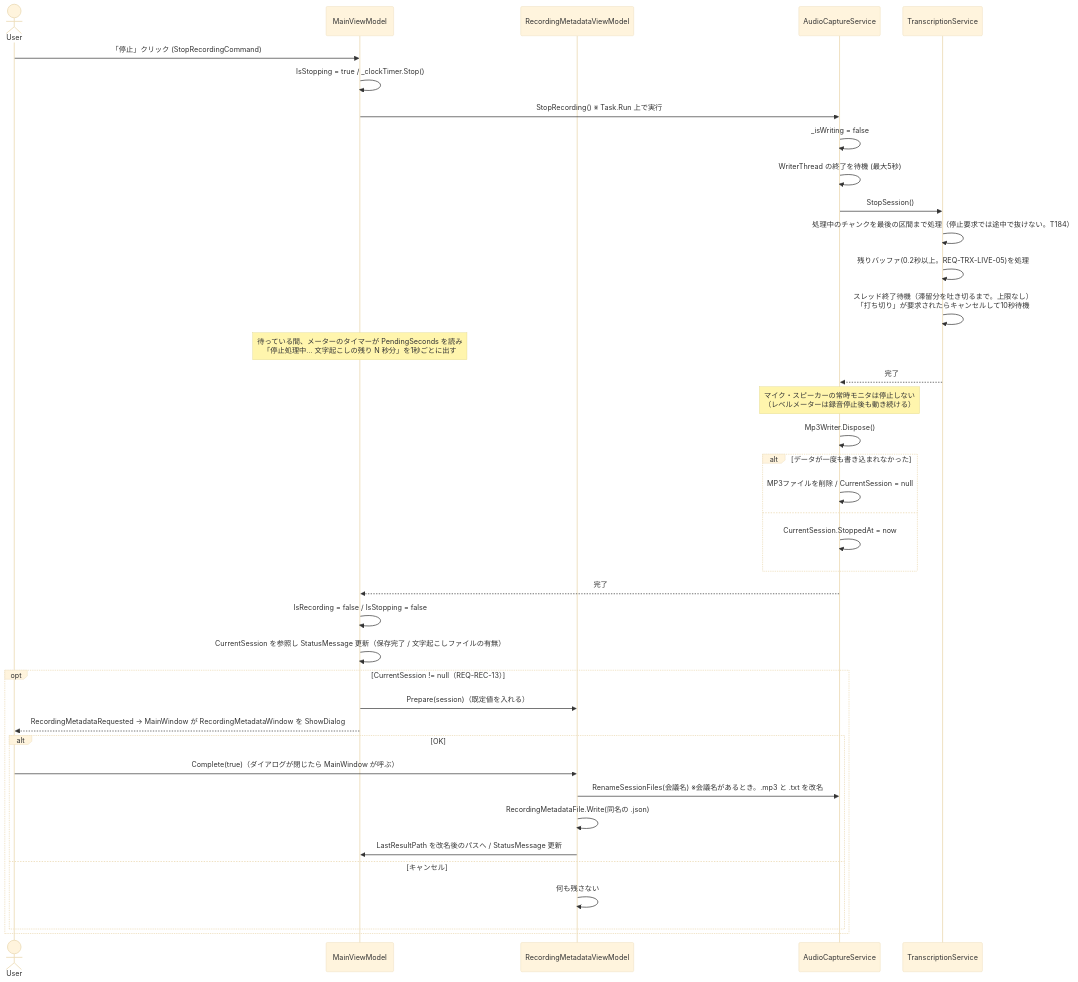
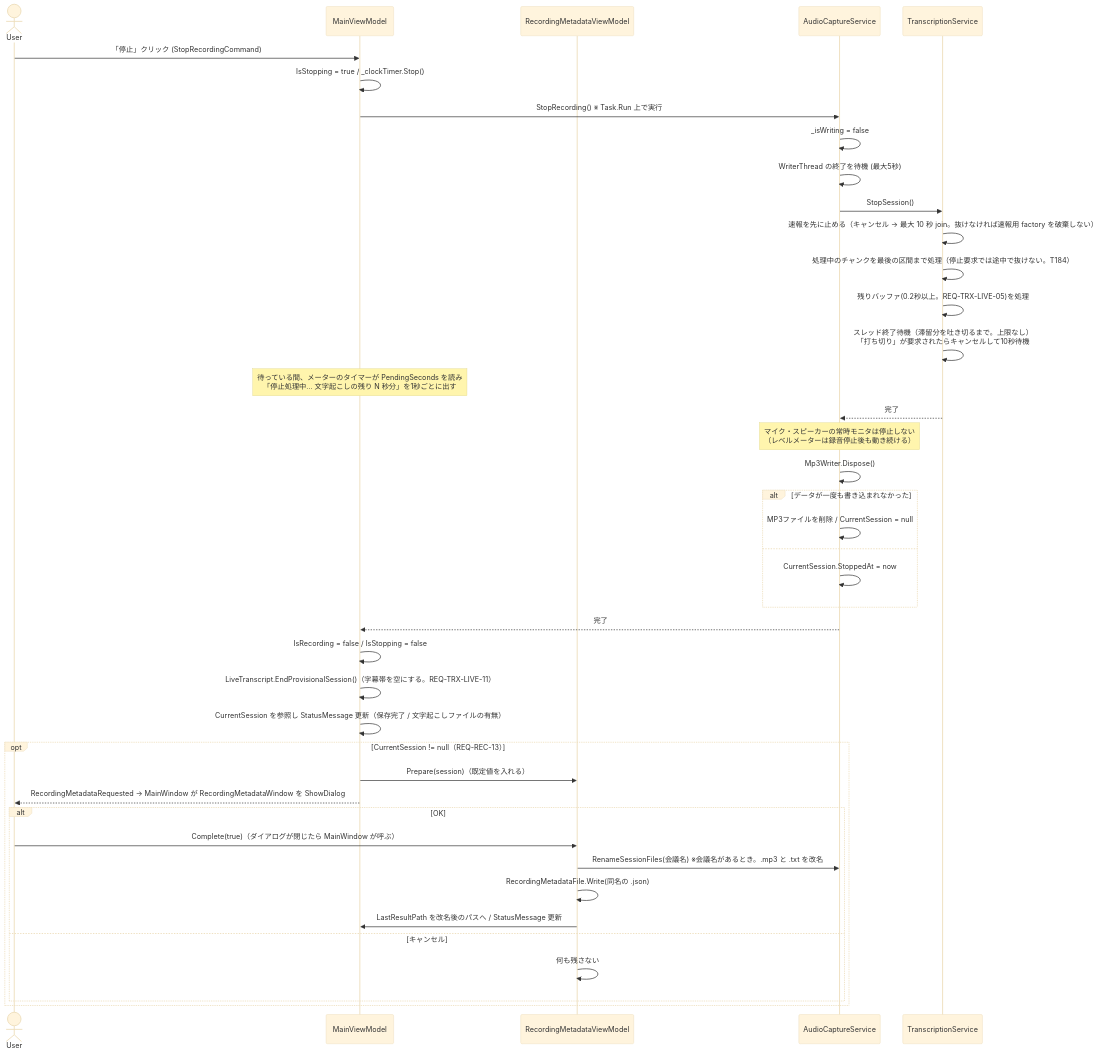
Before and after one commit to otomac/audio-capture-app: the fourth of 9 diagrams in docs/spec/04_sequence_diagram.md, drawn with Mermaid (base theme). The commit also changed other lines of this file and 37 other files, not shown here.

````diff
--- a/docs/spec/04_sequence_diagram.md
+++ b/docs/spec/04_sequence_diagram.md
@@ -121,46 +145,48 @@
 ```mermaid
 sequenceDiagram
     actor User
     participant VM as MainViewModel
     participant RMVM as RecordingMetadataViewModel
     participant ACS as AudioCaptureService
     participant TS as TranscriptionService
 
     User->>VM: 「停止」クリック (StopRecordingCommand)
     VM->>VM: IsStopping = true / _clockTimer.Stop()
     VM->>ACS: StopRecording() ※ Task.Run 上で実行
 
     ACS->>ACS: _isWriting = false
     ACS->>ACS: WriterThread の終了を待機 (最大5秒)
     ACS->>TS: StopSession()
+    TS->>TS: 速報を先に止める（キャンセル → 最大 10 秒 join。抜けなければ速報用 factory を破棄しない）
     TS->>TS: 処理中のチャンクを最後の区間まで処理（停止要求では途中で抜けない。T184）
     TS->>TS: 残りバッファ(0.2秒以上。REQ-TRX-LIVE-05)を処理
     TS->>TS: スレッド終了待機（滞留分を吐き切るまで。上限なし）<br/>「打ち切り」が要求されたらキャンセルして10秒待機
     Note over VM: 待っている間、メーターのタイマーが PendingSeconds を読み<br/>「停止処理中... 文字起こしの残り N 秒分」を1秒ごとに出す
     TS-->>ACS: 完了
 
     Note over ACS: マイク・スピーカーの常時モニタは停止しない<br/>（レベルメーターは録音停止後も動き続ける）
     ACS->>ACS: Mp3Writer.Dispose()
     alt データが一度も書き込まれなかった
         ACS->>ACS: MP3ファイルを削除 / CurrentSession = null
     else
         ACS->>ACS: CurrentSession.StoppedAt = now
     end
     ACS-->>VM: 完了
 
     VM->>VM: IsRecording = false / IsStopping = false
+    VM->>VM: LiveTranscript.EndProvisionalSession()（字幕帯を空にする。REQ-TRX-LIVE-11）
     VM->>VM: CurrentSession を参照し StatusMessage 更新（保存完了 / 文字起こしファイルの有無）
 
     opt CurrentSession != null（REQ-REC-13）
         VM->>RMVM: Prepare(session)（既定値を入れる）
         VM-->>User: RecordingMetadataRequested → MainWindow が RecordingMetadataWindow を ShowDialog
         alt OK
             User->>RMVM: Complete(true)（ダイアログが閉じたら MainWindow が呼ぶ）
             RMVM->>ACS: RenameSessionFiles(会議名) ※会議名があるとき。.mp3 と .txt を改名
             RMVM->>RMVM: RecordingMetadataFile.Write(同名の .json)
             RMVM->>VM: LastResultPath を改名後のパスへ / StatusMessage 更新
         else キャンセル
             RMVM->>RMVM: 何も残さない
         end
     end
 ```
````
